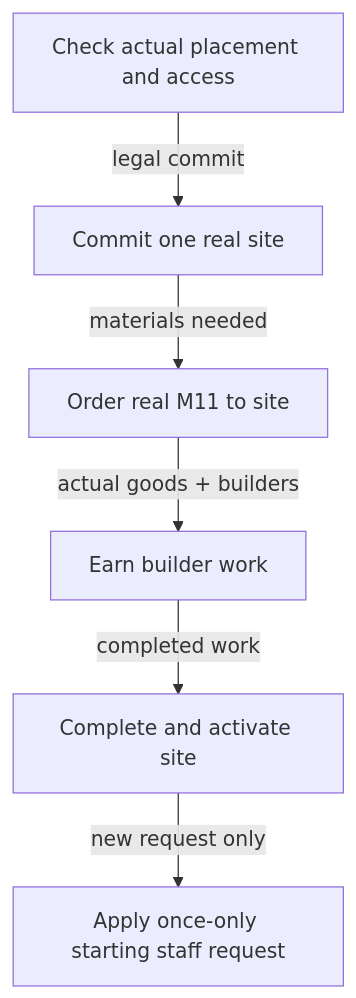
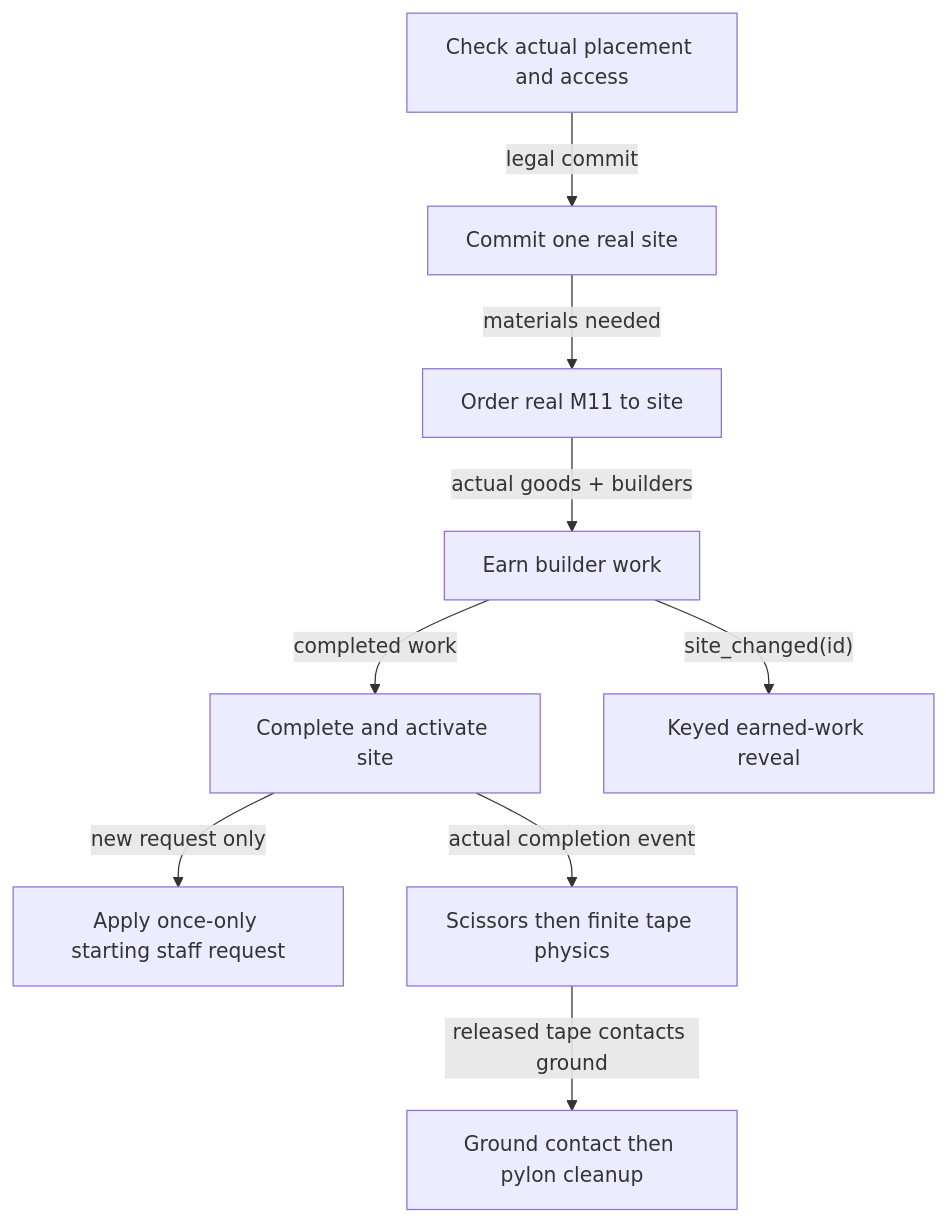
Before and after one commit to TheInfinityIQ/Trencho_V4: the ninth of 50 diagrams in docs/system_atlas.md, drawn with Mermaid. The commit also changed other lines of this file and 36 other files, not shown here.

Commit message:
Complete earned construction reveal and finite building ceremony

````diff
--- a/docs/system_atlas.md
+++ b/docs/system_atlas.md
@@ -360,14 +360,20 @@
 ```mermaid
 flowchart TD
     n0["Check actual placement and access"]
     n1["Commit one real site"]
     n2["Order real M11 to site"]
     n3["Earn builder work"]
     n4["Complete and activate site"]
     n5["Apply once-only starting staff request"]
+    n6["Keyed earned-work reveal"]
+    n7["Scissors then finite tape physics"]
+    n8["Ground contact then pylon cleanup"]
     n0 -->|"legal commit"| n1
     n1 -->|"materials needed"| n2
     n2 -->|"actual goods + builders"| n3
     n3 -->|"completed work"| n4
     n4 -->|"new request only"| n5
+    n3 -->|"site_changed(id)"| n6
+    n4 -->|"actual completion event"| n7
+    n7 -->|"released tape contacts ground"| n8
 ```
````
